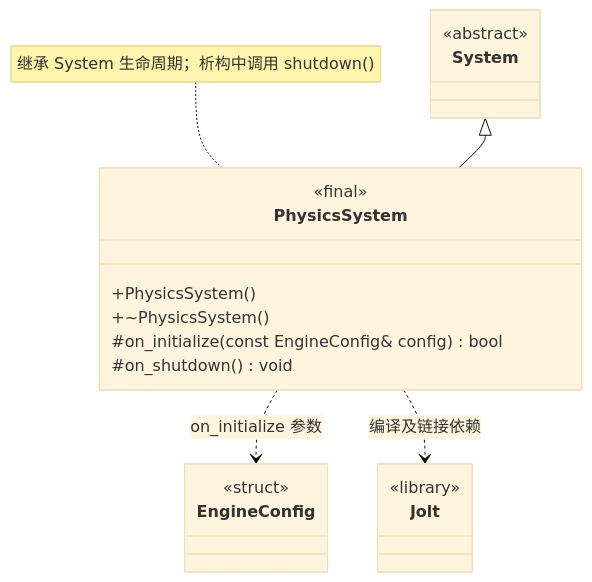
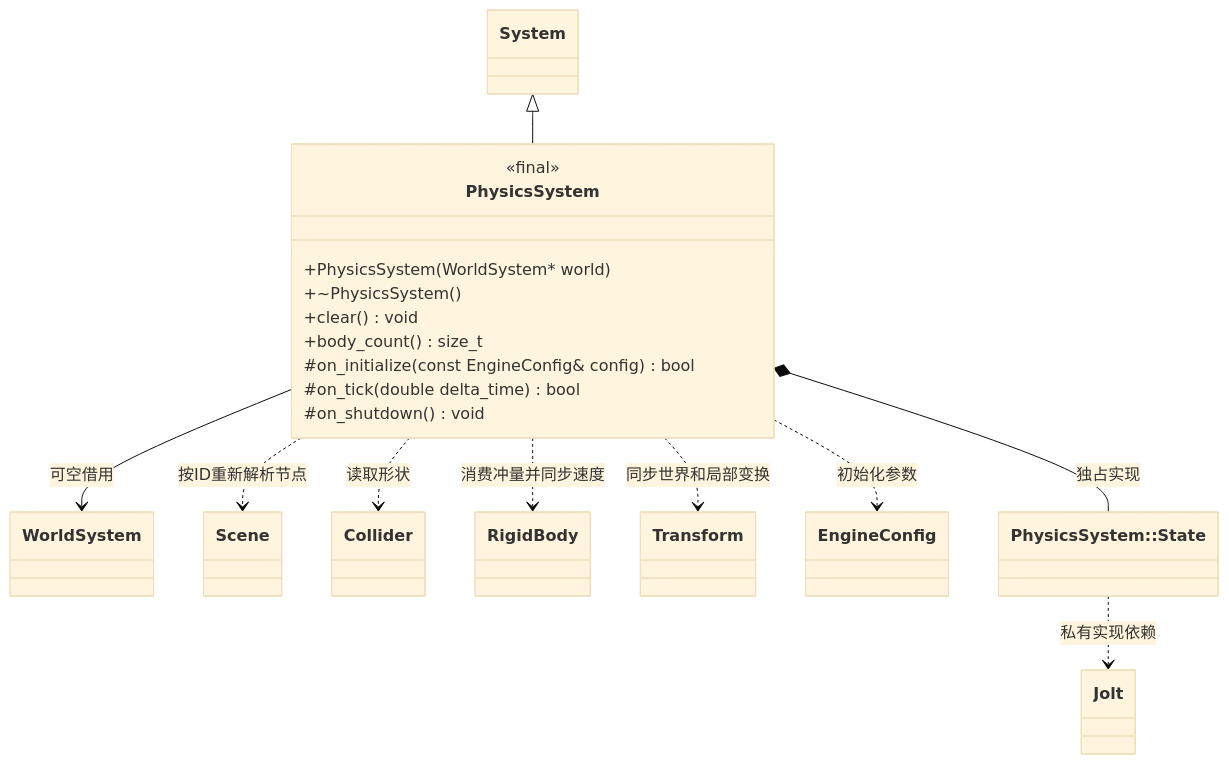
The diagram in docs/runtime/class-diagrams/physics-system.md (lcals/Engine), drawn with Mermaid (base theme) before and after one commit. The commit also changed other lines of this file and 114 other files, not shown here.

````diff
--- a/docs/runtime/class-diagrams/physics-system.md
+++ b/docs/runtime/class-diagrams/physics-system.md
@@ -7,24 +7,31 @@
 ```mermaid
 classDiagram
-    direction TB
     class PhysicsSystem {
         <<final>>
-        +PhysicsSystem()
+        +PhysicsSystem(WorldSystem#42; world)
         +~PhysicsSystem()
+        +clear() void
+        +body_count() size_t
         #on_initialize(const EngineConfig& config) bool
+        #on_tick(double delta_time) bool
         #on_shutdown() void
     }
-    class System {
-        <<abstract>>
-    }
-    class EngineConfig {
-        <<struct>>
-    }
-    class Jolt["Jolt"] {
-        <<library>>
-    }
+    class System
+    class WorldSystem
+    class Scene
+    class Collider
+    class RigidBody
+    class Transform
+    class EngineConfig
+    class PhysicsState["PhysicsSystem::State"]
+    class Jolt["Jolt"]
     System <|-- PhysicsSystem
-    PhysicsSystem ..> EngineConfig : on_initialize 参数
-    PhysicsSystem ..> Jolt : 编译及链接依赖
-    note for PhysicsSystem "继承 System 生命周期；析构中调用 shutdown()"
+    PhysicsSystem --> WorldSystem : 可空借用
+    PhysicsSystem *-- PhysicsState : 独占实现
+    PhysicsState ..> Jolt : 私有实现依赖
+    PhysicsSystem ..> Scene : 按ID重新解析节点
+    PhysicsSystem ..> Collider : 读取形状
+    PhysicsSystem ..> RigidBody : 消费冲量并同步速度
+    PhysicsSystem ..> Transform : 同步世界和局部变换
+    PhysicsSystem ..> EngineConfig : 初始化参数
 ```
````
